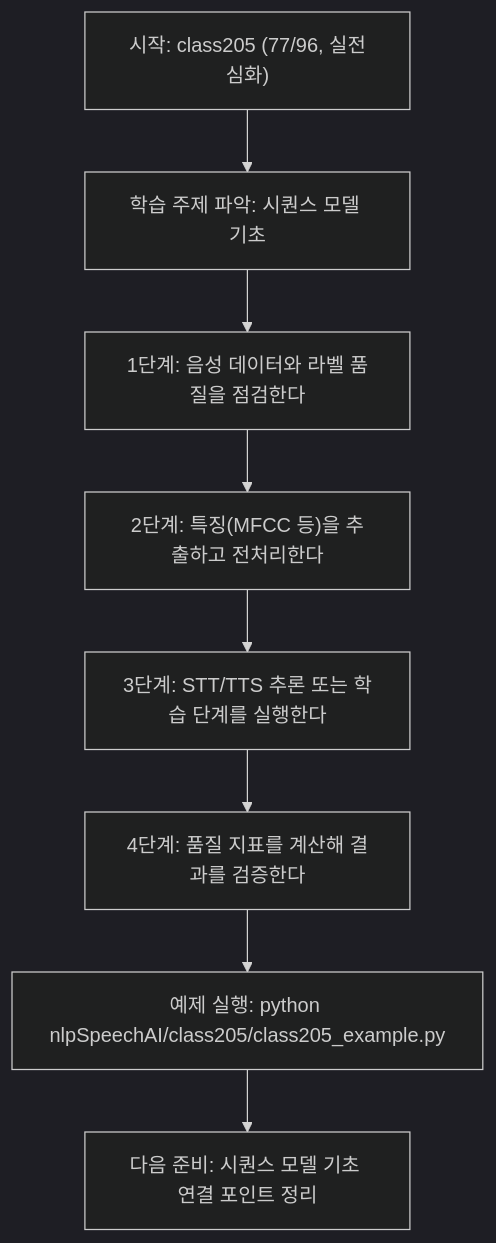
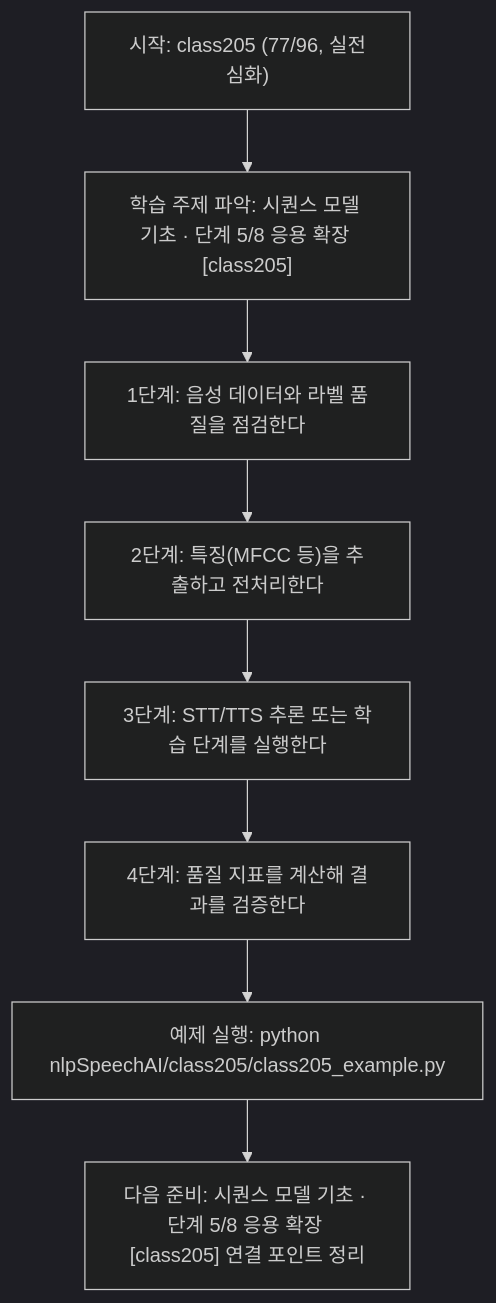
One commit to edumgt/Python-AI_Agent-Class changed the diagram in nlpSpeechAI/class205/class205.md. Above: the diagram before and after it, drawn with Mermaid (dark theme). The commit also changed other lines of this file and 522 other files, not shown here.

````diff
--- a/nlpSpeechAI/class205/class205.md
+++ b/nlpSpeechAI/class205/class205.md
@@ -113,18 +114,18 @@
 ```mermaid
 flowchart TD
 N1["시작: class205 (77/96, 실전심화)"]
-N2["학습 주제 파악: 시퀀스 모델 기초"]
+N2["학습 주제 파악: 시퀀스 모델 기초 · 단계 5/8 응용 확장 [class205]"]
 N3["1단계: 음성 데이터와 라벨 품질을 점검한다"]
 N4["2단계: 특징(MFCC 등)을 추출하고 전처리한다"]
 N5["3단계: STT/TTS 추론 또는 학습 단계를 실행한다"]
 N6["4단계: 품질 지표를 계산해 결과를 검증한다"]
 N7["예제 실행: python nlpSpeechAI/class205/class205_example.py"]
-N8["다음 준비: 시퀀스 모델 기초 연결 포인트 정리"]
+N8["다음 준비: 시퀀스 모델 기초 · 단계 5/8 응용 확장 [class205] 연결 포인트 정리"]
 N1 --> N2
 N2 --> N3
 N3 --> N4
 N4 --> N5
 N5 --> N6
 N6 --> N7
 N7 --> N8
 ```
````
